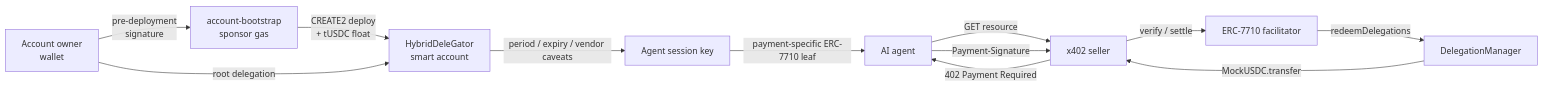
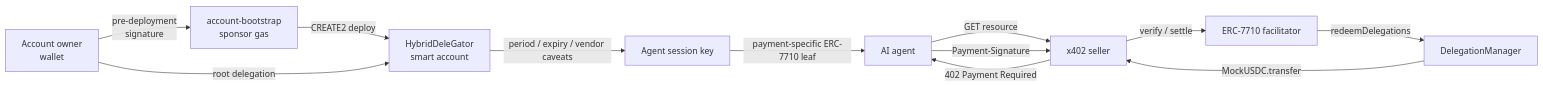
The diagram in README.ko.md (kooroot/Mapae), drawn with Mermaid before and after one commit. The commit also changed other lines of this file and 6 other files, not shown here.

````diff
--- a/README.ko.md
+++ b/README.ko.md
@@ -48,14 +48,14 @@
 ```mermaid
 flowchart LR
     Owner["Account owner<br/>wallet"] -->|"pre-deployment<br/>signature"| Bootstrap["account-bootstrap<br/>sponsor gas"]
-    Bootstrap -->|"CREATE2 deploy<br/>+ tUSDC float"| Account["HybridDeleGator<br/>smart account"]
+    Bootstrap -->|"CREATE2 deploy"| Account["HybridDeleGator<br/>smart account"]
     Owner -->|"root delegation"| Account
     Account -->|"period / expiry / vendor caveats"| Session["Agent session key"]
     Session -->|"payment-specific ERC-7710 leaf"| Agent["AI agent"]
     Agent -->|"GET resource"| Seller["x402 seller"]
     Seller -->|"402 Payment Required"| Agent
     Agent -->|"Payment-Signature"| Seller
     Seller -->|"verify / settle"| Facilitator["ERC-7710 facilitator"]
     Facilitator -->|"redeemDelegations"| Manager["DelegationManager"]
     Manager -->|"MockUSDC.transfer"| Seller
 ```
````
